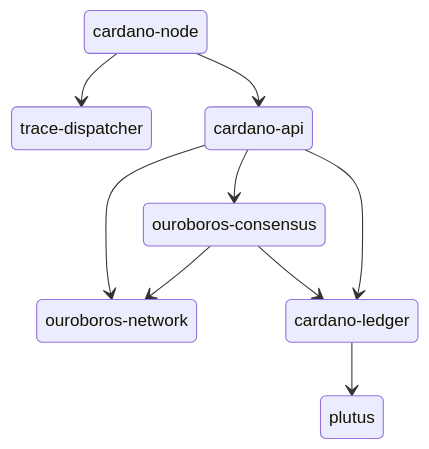
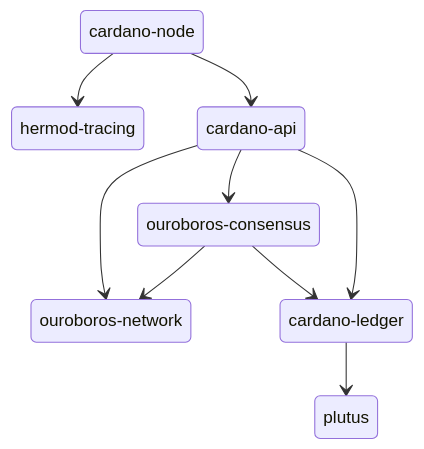
The diagram in README.md (IntersectMBO/cardano-node), drawn with Mermaid before and after one commit. The commit also changed 39 other files, not shown here.

````diff
--- a/README.md
+++ b/README.md
@@ -23,18 +23,18 @@
 ```mermaid
 stateDiagram-v2
     cn: cardano-node
-    tr: trace-dispatcher
+    tr: hermod-tracing
     ca: cardano-api
     co: ouroboros-consensus
     on: ouroboros-network
     cl: cardano-ledger
     p: plutus
     cn --> ca
     cn --> tr
     ca --> co
     ca --> on
     co --> on
     co --> cl
     ca --> cl
     cl --> p
 ```
````
